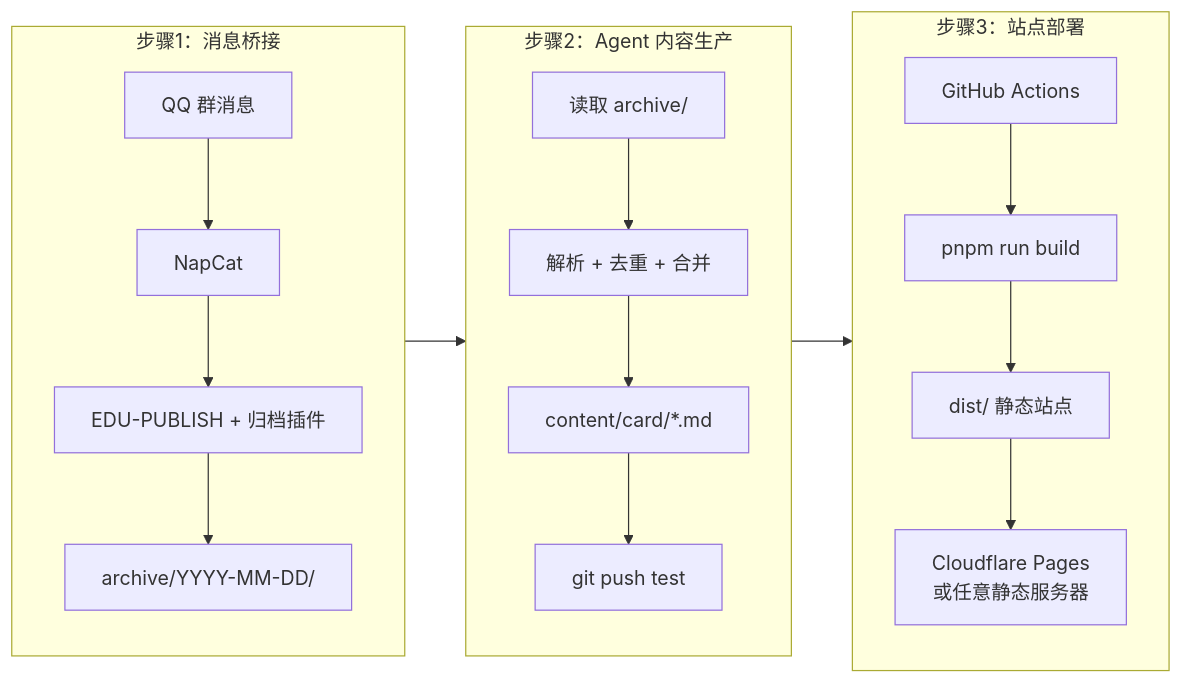
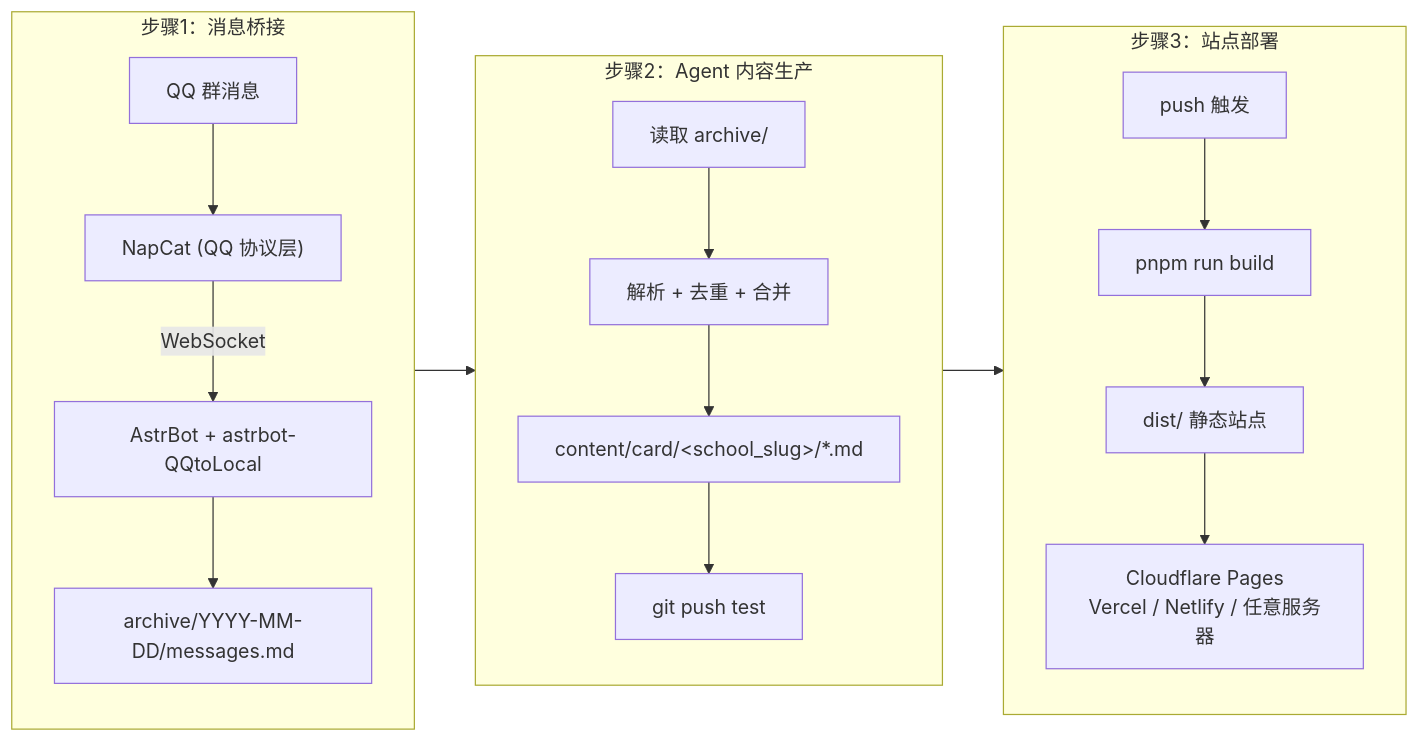
The first of 2 diagrams in intro/architecture.md (guiguisocute/edu-publish-docs), drawn with Mermaid before and after one commit. The commit also changed other lines of this file and 12 other files, not shown here.

````diff
--- a/intro/architecture.md
+++ b/intro/architecture.md
@@ -7,25 +7,25 @@
 ```mermaid
 flowchart LR
   subgraph bridge["步骤1：消息桥接"]
     direction TB
-    QQ["QQ 群消息"] --> NapCat["NapCat"]
-    NapCat --> EDU-PUBLISH["EDU-PUBLISH + 归档插件"]
-    EDU-PUBLISH --> archive["archive/YYYY-MM-DD/"]
+    QQ["QQ 群消息"] --> NapCat["NapCat (QQ 协议层)"]
+    NapCat -->|WebSocket| AstrBot["AstrBot + astrbot-QQtoLocal"]
+    AstrBot --> archive["archive/YYYY-MM-DD/messages.md"]
   end
 
   subgraph agent["步骤2：Agent 内容生产"]
     direction TB
     read["读取 archive/"] --> parse["解析 + 去重 + 合并"]
-    parse --> card["content/card/*.md"]
+    parse --> card["content/card/&lt;school_slug&gt;/*.md"]
     card --> push["git push test"]
   end
 
   subgraph deploy["步骤3：站点部署"]
     direction TB
-    actions["GitHub Actions"] --> build["pnpm run build"]
+    trigger["push 触发"] --> build["pnpm run build"]
     build --> dist["dist/ 静态站点"]
-    dist --> host["Cloudflare Pages<br/>或任意静态服务器"]
+    dist --> host["Cloudflare Pages<br/>Vercel / Netlify / 任意服务器"]
   end
 
   bridge --> agent --> deploy
 ```
````
